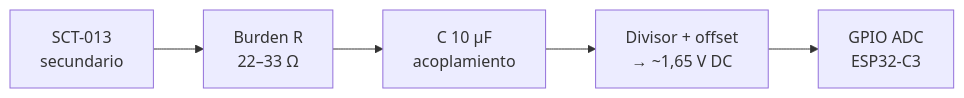
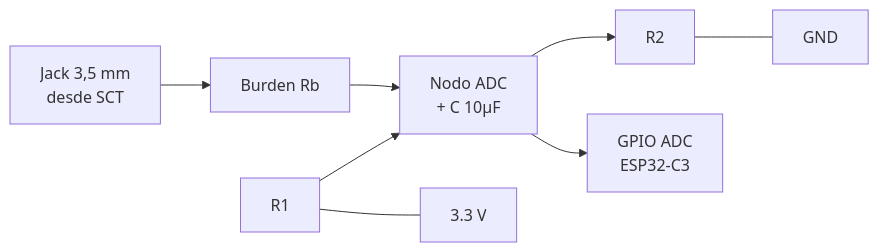
One commit to TaielMartinez/medidor-corriente-casa changed the first of 2 diagrams in docs/01-hardware.md. Above: the diagram before and after it, drawn with Mermaid. The commit also changed other lines of this file and 11 other files, not shown here.

````diff
--- a/docs/01-hardware.md
+++ b/docs/01-hardware.md
@@ -56,10 +47,15 @@
 ```mermaid
 flowchart LR
-    SCT["SCT-013<br/>secundario"]
-    Rb["Burden R<br/>22–33 Ω"]
-    C["C 10 µF<br/>acoplamiento"]
-    DIV["Divisor + offset<br/>→ ~1,65 V DC"]
+    JACK["Jack 3,5 mm<br/>desde SCT"]
+    BUR["Burden Rb"]
+    MID["Nodo ADC<br/>+ C 10µF"]
+    R1["R1"]
+    R2["R2"]
     ADC["GPIO ADC<br/>ESP32-C3"]
 
-    SCT --> Rb --> C --> DIV --> ADC
+    JACK --> BUR --> MID --> ADC
+    R1 --> MID
+    MID --> R2
+    R1 --- V33["3.3 V"]
+    R2 --- GND["GND"]
 ```
````
